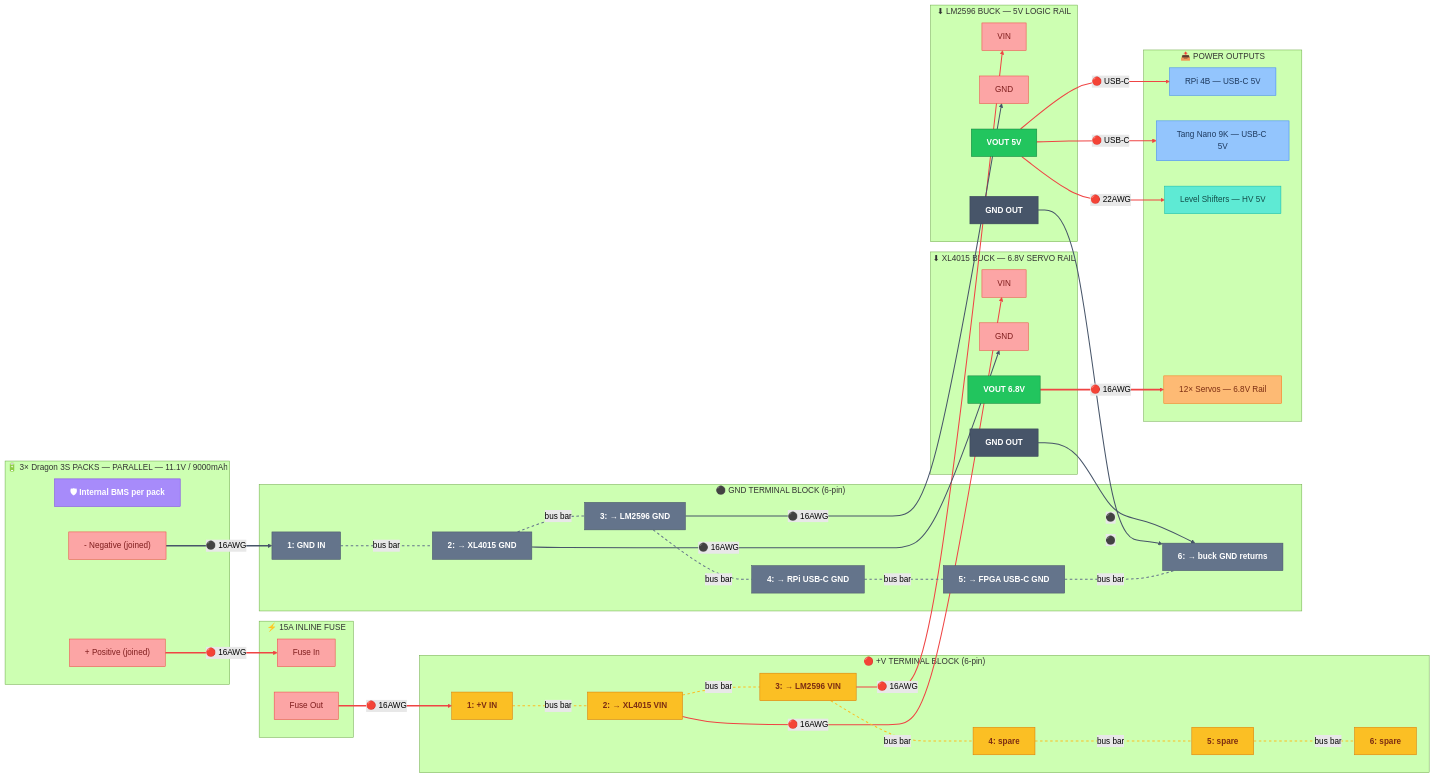
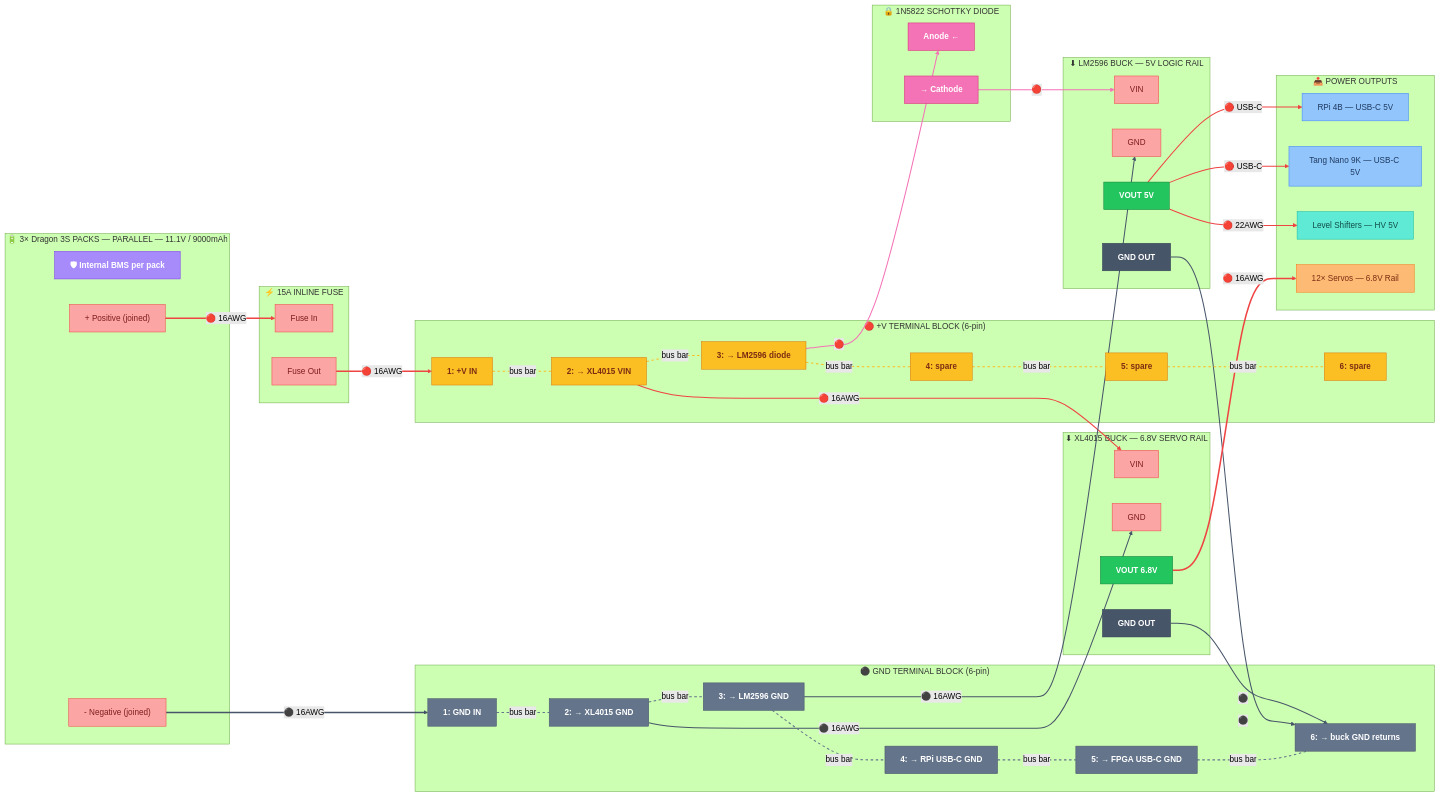
The first of 3 diagrams in control/docs/wiring_power.md (Major-Project-001/VIGIL-RQ), drawn with Mermaid (forest theme) before and after one commit. The commit also changed 1 other file, not shown here.

Commit message:
docs: add 1N5822 diode on LM2596 input for reverse polarity protection

````diff
--- a/control/docs/wiring_power.md
+++ b/control/docs/wiring_power.md
@@ -16,6 +16,7 @@
     classDef posBlock fill:#fbbf24,stroke:#d97706,color:#7c2d12,font-weight:bold
     classDef gndBlock fill:#64748b,stroke:#475569,color:#fff,font-weight:bold
     classDef bmsNote fill:#a78bfa,stroke:#7c3aed,color:#fff,font-weight:bold
+    classDef diode fill:#f472b6,stroke:#db2777,color:#fff,font-weight:bold
 
     subgraph BATTERY["🔋 3× Dragon 3S PACKS — PARALLEL — 11.1V / 9000mAh"]
         BAT_NOTE["🛡 Internal BMS per pack"]:::bmsNote
@@ -31,7 +32,7 @@
     subgraph POS_TERMINAL["🔴 +V TERMINAL BLOCK (6-pin)"]
         PT1["1: +V IN"]:::posBlock
         PT2["2: → XL4015 VIN"]:::posBlock
-        PT3["3: → LM2596 VIN"]:::posBlock
+        PT3["3: → LM2596 diode"]:::posBlock
         PT4["4: spare"]:::posBlock
         PT5["5: spare"]:::posBlock
         PT6["6: spare"]:::posBlock
@@ -44,6 +45,11 @@
         GT4["4: → RPi USB-C GND"]:::gndBlock
         GT5["5: → FPGA USB-C GND"]:::gndBlock
         GT6["6: → buck GND returns"]:::gndBlock
+    end
+
+    subgraph DIODE_BLOCK["🔒 1N5822 SCHOTTKY DIODE"]
+        D1_A["Anode ←"]:::diode
+        D1_K["→ Cathode"]:::diode
     end
 
     subgraph BUCK_SERVO["⬇ XL4015 BUCK — 6.8V SERVO RAIL"]
@@ -74,9 +80,12 @@
     %% Fuse → +V terminal
     FUSE_OUT -->|"🔴 16AWG"| PT1
 
-    %% +V terminal → bucks
+    %% +V terminal → XL4015 (direct — no diode, 15A too high for 1N5822)
     PT2 -->|"🔴 16AWG"| BS_VIN
-    PT3 -->|"🔴 16AWG"| BL_VIN
+
+    %% +V terminal → diode → LM2596 (reverse polarity protection)
+    PT3 -->|"🔴"| D1_A
+    D1_K -->|"🔴"| BL_VIN
 
     %% GND terminal → bucks
     GT2 -->|"⚫ 16AWG"| BS_GND
@@ -107,11 +116,12 @@
     linkStyle 0 stroke:#ef4444,stroke-width:3px
     linkStyle 1 stroke:#475569,stroke-width:3px
     linkStyle 2 stroke:#ef4444,stroke-width:3px
-    linkStyle 3,4 stroke:#ef4444,stroke-width:2px
-    linkStyle 5,6 stroke:#475569,stroke-width:2px
-    linkStyle 7,8 stroke:#475569,stroke-width:2px
-    linkStyle 9 stroke:#ef4444,stroke-width:3px
-    linkStyle 10,11,12 stroke:#ef4444,stroke-width:2px
-    linkStyle 13,14,15,16,17 stroke:#fbbf24,stroke-width:2px,stroke-dasharray:5
-    linkStyle 18,19,20,21,22 stroke:#64748b,stroke-width:2px,stroke-dasharray:5
+    linkStyle 3 stroke:#ef4444,stroke-width:2px
+    linkStyle 4,5 stroke:#f472b6,stroke-width:2px
+    linkStyle 6,7 stroke:#475569,stroke-width:2px
+    linkStyle 8,9 stroke:#475569,stroke-width:2px
+    linkStyle 10 stroke:#ef4444,stroke-width:3px
+    linkStyle 11,12,13 stroke:#ef4444,stroke-width:2px
+    linkStyle 14,15,16,17,18 stroke:#fbbf24,stroke-width:2px,stroke-dasharray:5
+    linkStyle 19,20,21,22,23 stroke:#64748b,stroke-width:2px,stroke-dasharray:5
 ```
````
